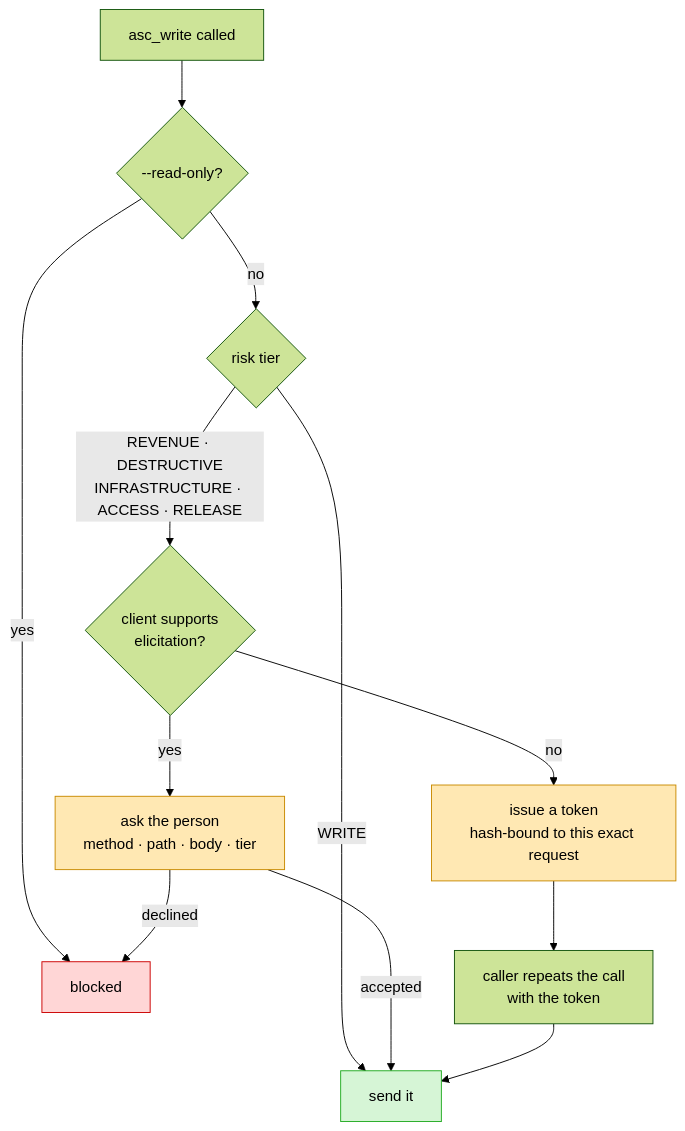
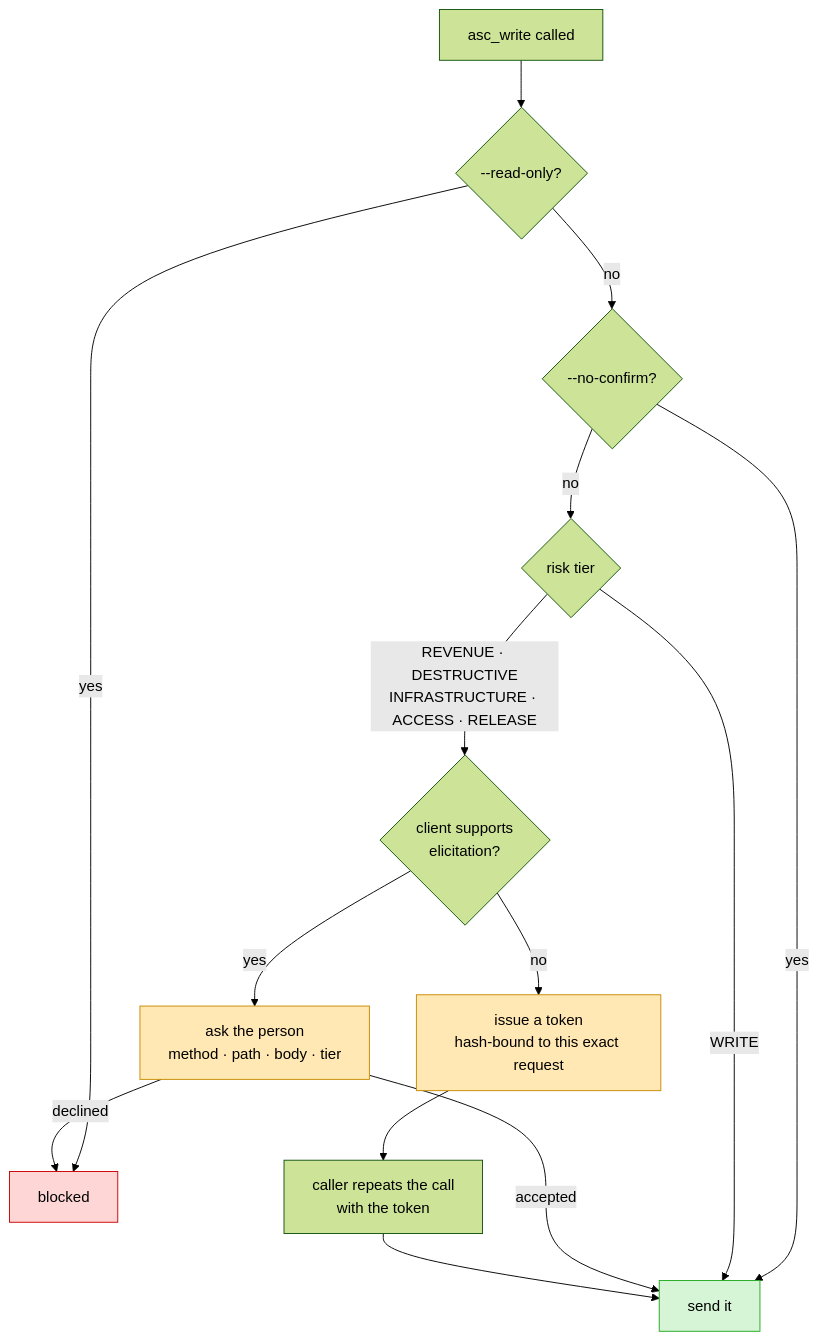
Before and after one commit to abd3lraouf-studios/app-store-connect-mcp: the third of 3 diagrams in README.md, drawn with Mermaid (forest theme). The commit also changed other lines of this file and 8 other files, not shown here.

````diff
--- a/README.md
+++ b/README.md
@@ -270,19 +272,21 @@
 ```mermaid
 flowchart TD
     A["asc_write called"] --> B{"--read-only?"}
     B -->|yes| Z["blocked"]
-    B -->|no| C{"risk tier"}
+    B -->|no| N{"--no-confirm?"}
+    N -->|yes| S["send it"]
+    N -->|no| C{"risk tier"}
     C -->|"WRITE"| S["send it"]
     C -->|"REVENUE · DESTRUCTIVE<br/>INFRASTRUCTURE · ACCESS · RELEASE"| D{"client supports<br/>elicitation?"}
     D -->|yes| E["ask the person<br/>method · path · body · tier"]
     D -->|no| F["issue a token<br/>hash-bound to this exact request"]
     E -->|accepted| S
     E -->|declined| Z
     F --> G["caller repeats the call<br/>with the token"]
     G --> S
 
     style Z fill:#ffd6d6,stroke:#c00,color:#000
     style E fill:#ffe8b3,stroke:#c98a00,color:#000
     style F fill:#ffe8b3,stroke:#c98a00,color:#000
     style S fill:#d6f5d6,stroke:#2a2,color:#000
 ```
````
